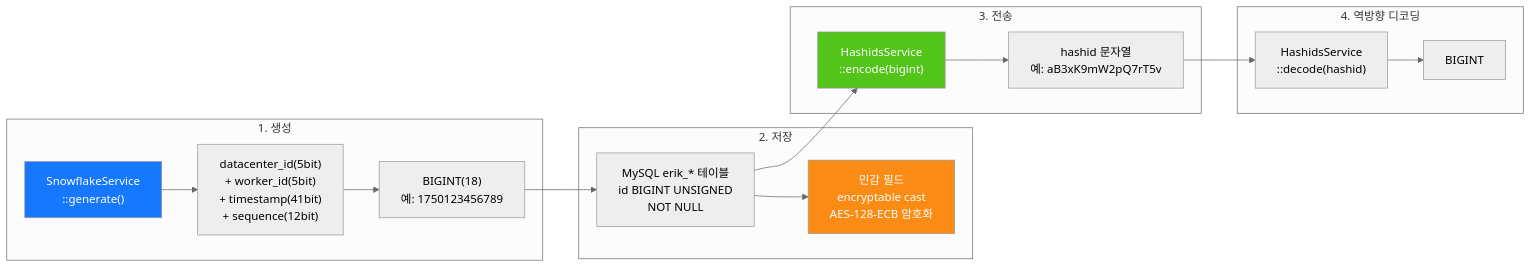
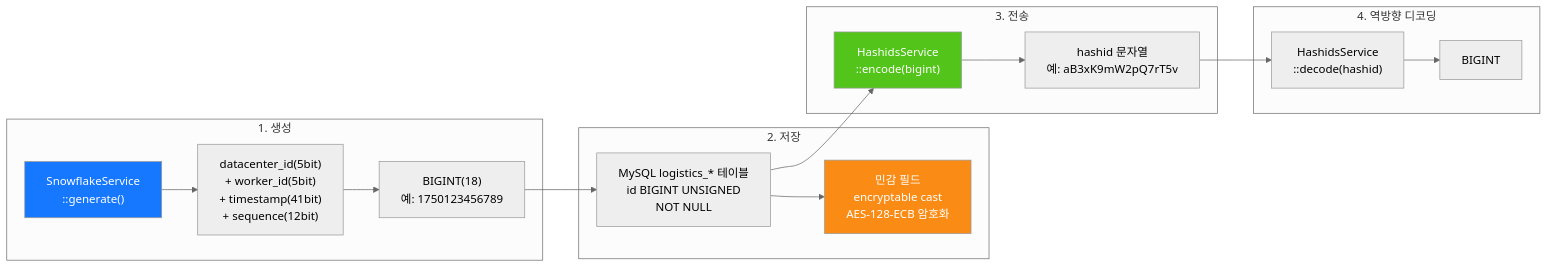
The seventh of 14 diagrams in admin/docs/ARCHITECTURE.ko.md (erikwang2013/integrated-global-logistics), drawn with Mermaid (neutral theme) before and after one commit. The commit also changed other lines of this file and 211 other files, not shown here.

````diff
--- a/admin/docs/ARCHITECTURE.ko.md
+++ b/admin/docs/ARCHITECTURE.ko.md
@@ -364,33 +364,33 @@
 ```mermaid
 flowchart LR
     subgraph "1. 생성"
         G1["SnowflakeService<br/>::generate()"]
         G2["datacenter_id(5bit)<br/>+ worker_id(5bit)<br/>+ timestamp(41bit)<br/>+ sequence(12bit)"]
         G3["BIGINT(18)<br/>예: 1750123456789"]
         G1 --> G2 --> G3
     end
 
     subgraph "2. 저장"
-        S1["MySQL erik_* 테이블<br/>id BIGINT UNSIGNED<br/>NOT NULL"]
+        S1["MySQL logistics_* 테이블<br/>id BIGINT UNSIGNED<br/>NOT NULL"]
         S2["민감 필드<br/>encryptable cast<br/>AES-128-ECB 암호화"]
         G3 --> S1
         S1 --> S2
     end
 
     subgraph "3. 전송"
         T1["HashidsService<br/>::encode(bigint)"]
         T2["hashid 문자열<br/>예: aB3xK9mW2pQ7rT5v"]
         S1 --> T1
         T1 --> T2
     end
 
     subgraph "4. 역방향 디코딩"
         R1["HashidsService<br/>::decode(hashid)"]
         R2["BIGINT"]
         T2 --> R1 --> R2
     end
 
     style G1 fill:#1677FF,color:#fff
     style T1 fill:#52C41A,color:#fff
     style S2 fill:#FA8C16,color:#fff
 ```
````
